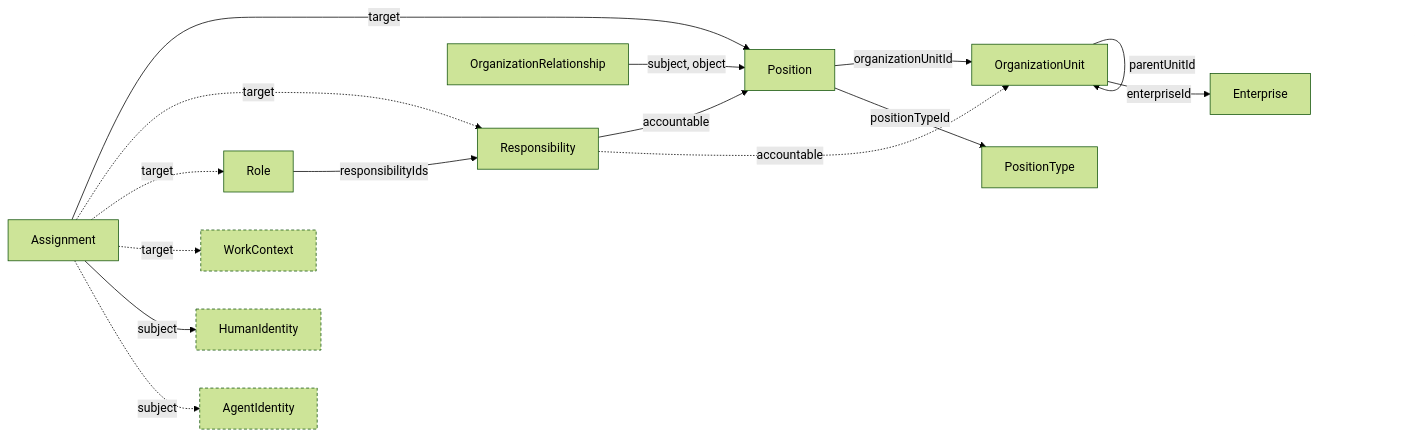
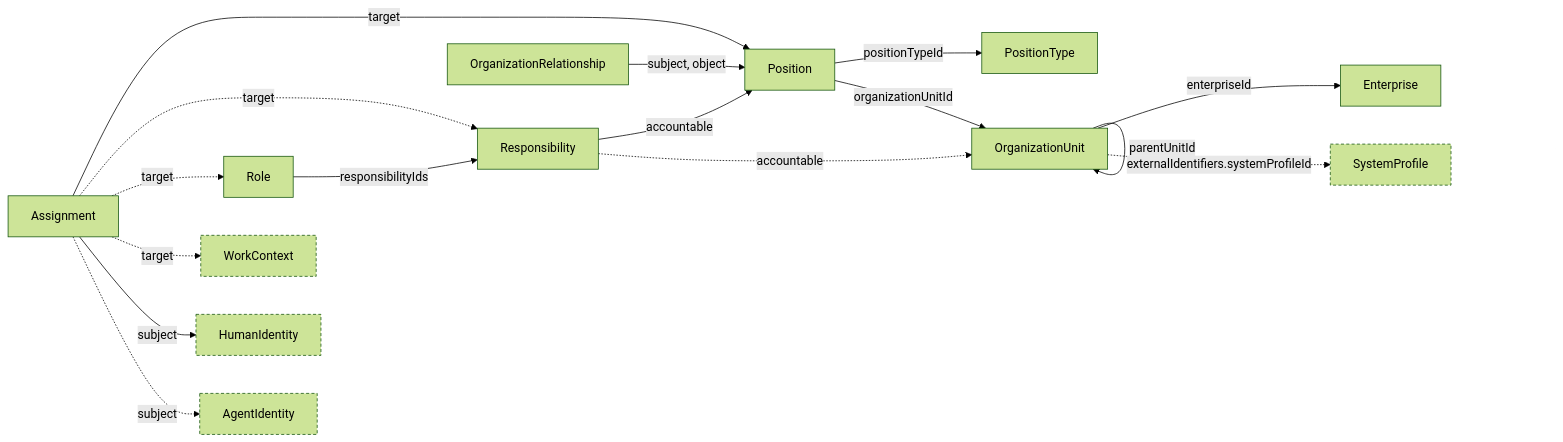
Before and after one commit to nauticana/charter: the diagram in schema/enterprise/README.md, drawn with Mermaid (forest theme). The commit also changed other lines of this file and 89 other files, not shown here.

Commit message:
Structured evidence items, external identifiers, measurements, and JSON-LD interchange

````diff
--- a/schema/enterprise/README.md
+++ b/schema/enterprise/README.md
@@ -9,21 +9,22 @@
 ```mermaid
 flowchart LR
     Enterprise
     OrganizationUnit -->|parentUnitId| OrganizationUnit
     OrganizationUnit -->|enterpriseId| Enterprise
+    Position -->|positionTypeId| PositionType
     Position -->|organizationUnitId| OrganizationUnit
-    Position -->|positionTypeId| PositionType
     Responsibility -->|accountable| Position
     Responsibility -.->|accountable| OrganizationUnit
     Role -->|responsibilityIds| Responsibility
     OrganizationRelationship -->|subject, object| Position
     Assignment -->|target| Position
     Assignment -.->|target| Responsibility
     Assignment -.->|target| Role
     Assignment -.->|target| WorkContext
     Assignment -->|subject| HumanIdentity
     Assignment -.->|subject| AgentIdentity
+    OrganizationUnit -.->|externalIdentifiers.systemProfileId| SystemProfile
 
     classDef ext stroke-dasharray: 4 3
-    class HumanIdentity,AgentIdentity,WorkContext ext
+    class HumanIdentity,AgentIdentity,WorkContext,SystemProfile ext
 ```
````
